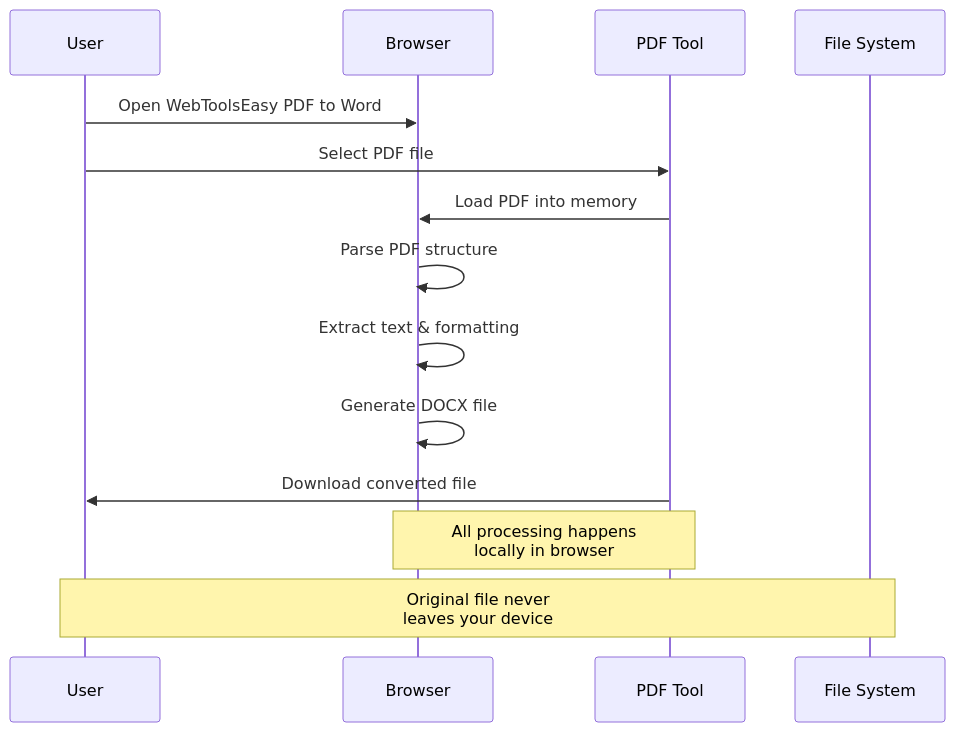
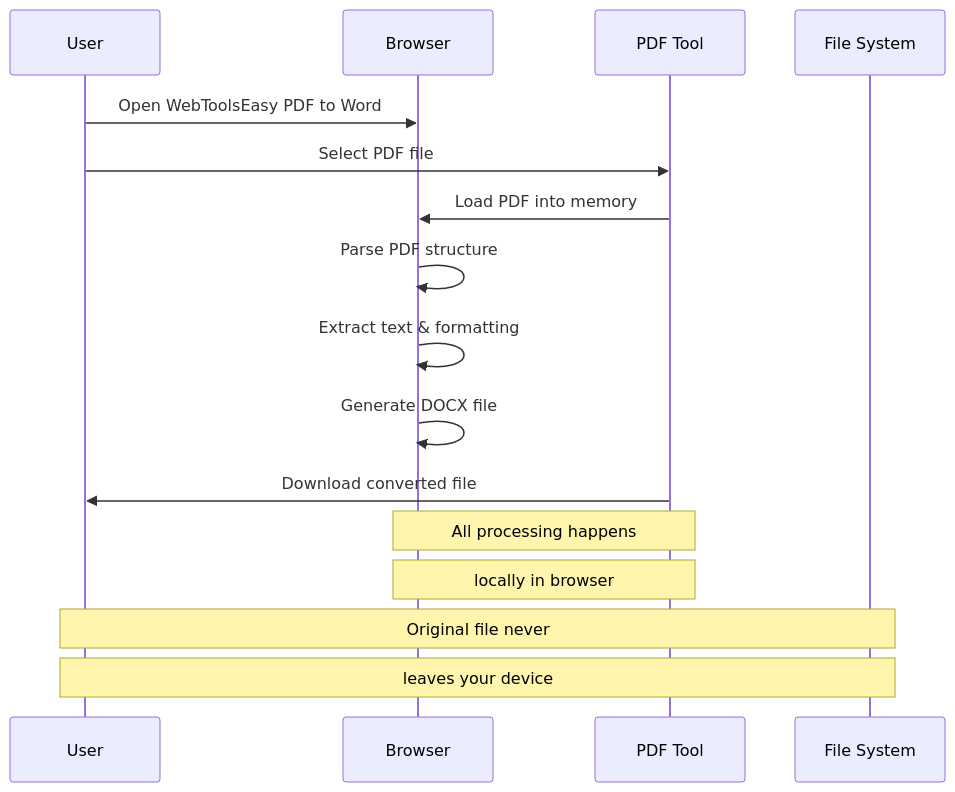
The second of 3 diagrams in src/data/blog/content/pdf-to-word-privacy-guide.md (gaurav10610/webtoolseasy), drawn with Mermaid before and after one commit. The commit also changed other lines of this file and 5 other files, not shown here.

First line of the commit message:
Improve Mermaid diagram rendering and update blog diagrams

````diff
--- a/src/data/blog/content/pdf-to-word-privacy-guide.md
+++ b/src/data/blog/content/pdf-to-word-privacy-guide.md
@@ -53,18 +57,20 @@
 ```mermaid
 sequenceDiagram
     participant U as User
     participant B as Browser
     participant T as PDF Tool
     participant FS as File System
 
     U->>B: Open WebToolsEasy PDF to Word
     U->>T: Select PDF file
     T->>B: Load PDF into memory
     B->>B: Parse PDF structure
     B->>B: Extract text & formatting
     B->>B: Generate DOCX file
     T->>U: Download converted file
 
-    Note over B,T: All processing happens<br/>locally in browser
-    Note over U,FS: Original file never<br/>leaves your device
+    Note over B,T: All processing happens
+    Note over B,T: locally in browser
+    Note over U,FS: Original file never
+    Note over U,FS: leaves your device
 ```
````
